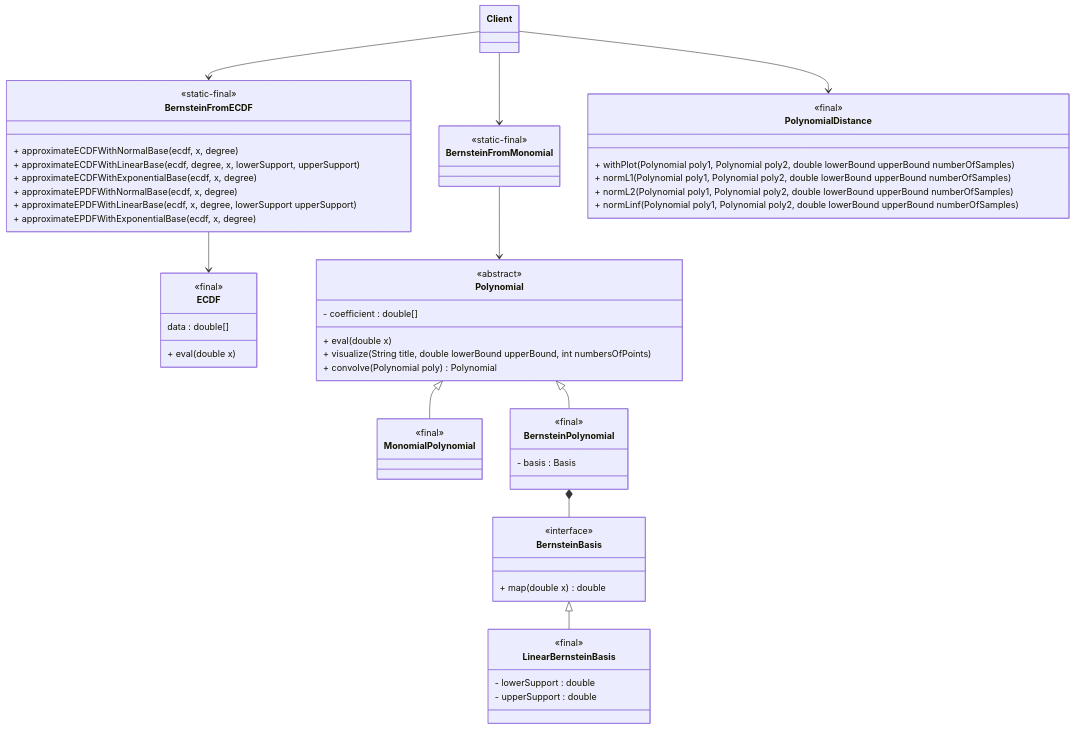
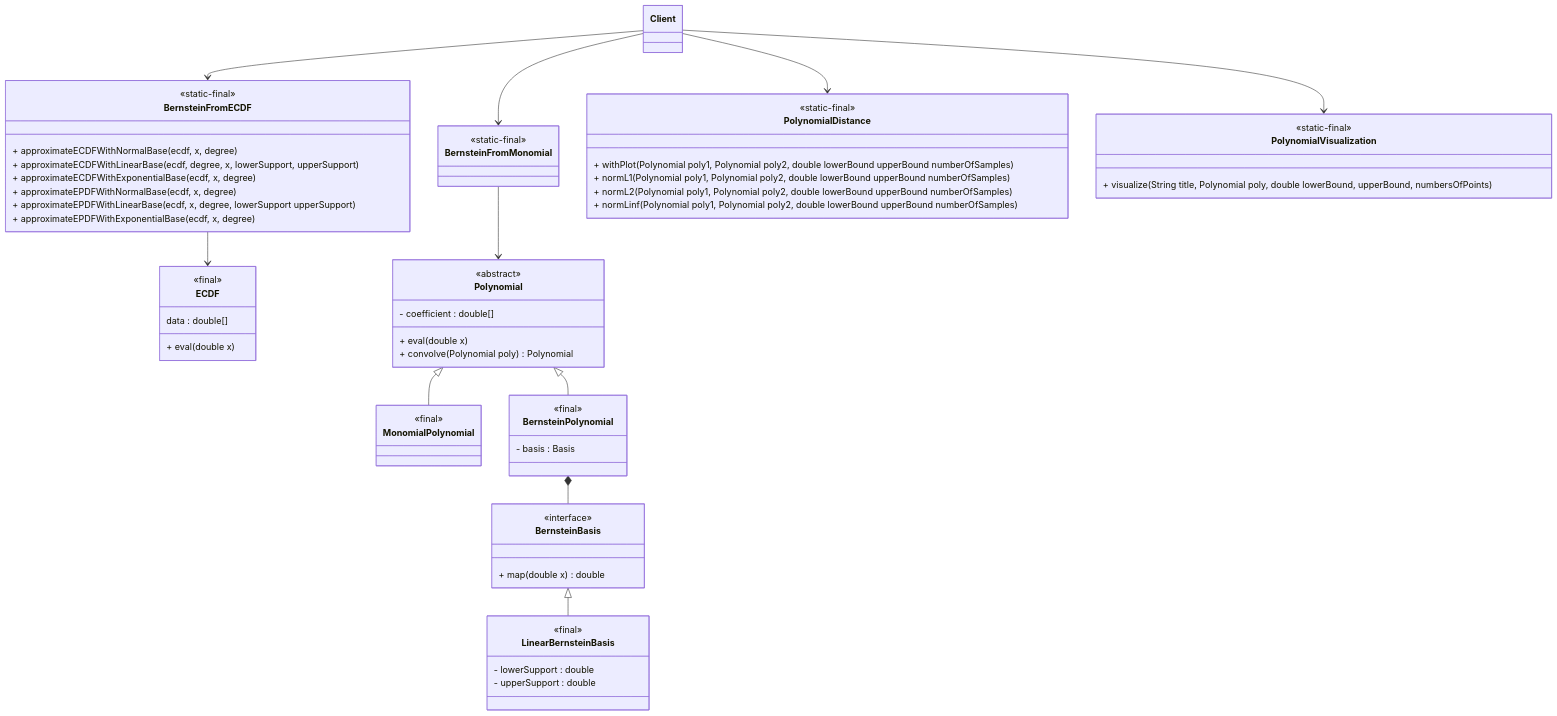
Before and after one commit to edoardosarri24/probabilistic-soft-real-time-analysis: the diagram in report/images/2-bernstein/class_diagram.mmd, drawn with Mermaid. The commit also changed 6 other files, not shown here.

```diff
--- a/report/images/2-bernstein/class_diagram.mmd
+++ b/report/images/2-bernstein/class_diagram.mmd
@@ -1,70 +1,76 @@
 classDiagram
 
     %% BernsteinFromECDF
     class BernsteinFromECDF {
         <<static-final>>
         + approximateECDFWithNormalBase(ecdf, x, degree)
         + approximateECDFWithLinearBase(ecdf, degree, x, lowerSupport, upperSupport)
         + approximateECDFWithExponentialBase(ecdf, x, degree)
         + approximateEPDFWithNormalBase(ecdf, x, degree)
         + approximateEPDFWithLinearBase(ecdf, x, degree, lowerSupport upperSupport)
         + approximateEPDFWithExponentialBase(ecdf, x, degree)
     }
 
     class ECDF {
         <<final>>
         data : double[]
         + eval(double x)
     }
 
     %% BernsteinFromMonomial
     class BernsteinFromMonomial {
         <<static-final>>
     }
 
     class Polynomial {
         <<abstract>>
         - coefficient : double[]
         + eval(double x)
-        + visualize(String title, double lowerBound upperBound, int numbersOfPoints)
         + convolve(Polynomial poly) Polynomial
     }
 
     class MonomialPolynomial {
         <<final>>
     }
 
     class BernsteinPolynomial {
         <<final>>
         - basis : Basis
     }
 
     class BernsteinBasis {
         <<interface>>
         + map(double x) double
     }
 
     class LinearBernsteinBasis {
         <<final>>
         - lowerSupport : double
         - upperSupport : double
     }
 
+    %% Functionality
     class PolynomialDistance {
-        <<final>>
+        <<static-final>>
         + withPlot(Polynomial poly1, Polynomial poly2, double lowerBound upperBound numberOfSamples)
         + normL1(Polynomial poly1, Polynomial poly2, double lowerBound upperBound numberOfSamples)
         + normL2(Polynomial poly1, Polynomial poly2, double lowerBound upperBound numberOfSamples)
         + normLinf(Polynomial poly1, Polynomial poly2, double lowerBound upperBound numberOfSamples)
     }
 
+    class PolynomialVisualization {
+        <<static-final>>
+        + visualize(String title, Polynomial poly, double lowerBound, upperBound, numbersOfPoints)
+    }
+
     %% Relation
     Client --> BernsteinFromMonomial
     Client --> BernsteinFromECDF
     Client --> PolynomialDistance
+    Client --> PolynomialVisualization
     BernsteinFromMonomial --> Polynomial
     Polynomial <|-- MonomialPolynomial
     Polynomial <|-- BernsteinPolynomial
     BernsteinPolynomial *-- BernsteinBasis
     BernsteinBasis <|-- LinearBernsteinBasis
     BernsteinFromECDF --> ECDF
```
